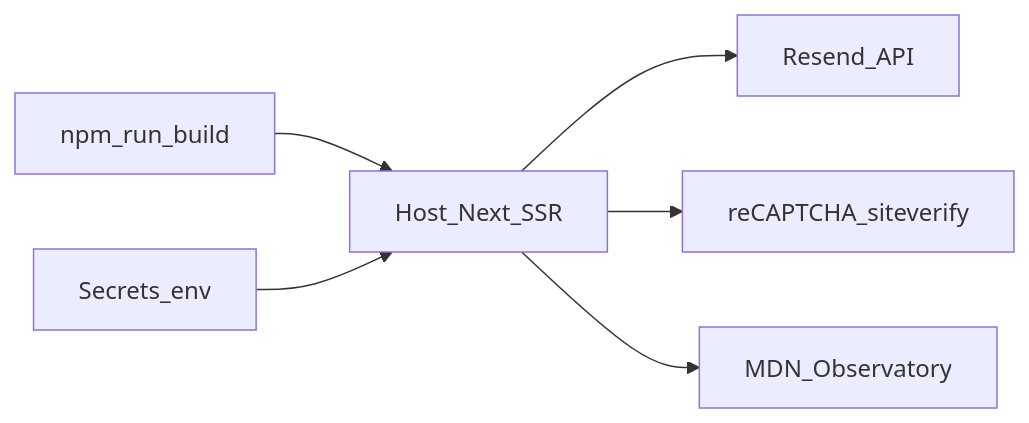
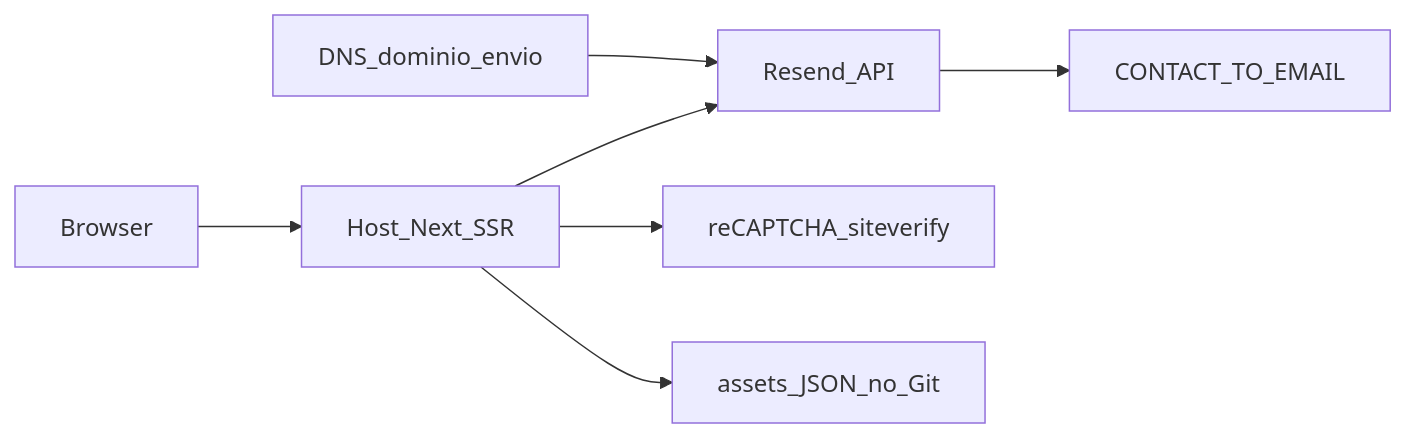
Before and after one commit to obsgovdigital/observatorio-gov-digital: the first of 2 diagrams in docs/05-operacao/deploy-e-hospedagem.md, drawn with Mermaid. The commit also changed other lines of this file and 12 other files, not shown here.

````diff
--- a/docs/05-operacao/deploy-e-hospedagem.md
+++ b/docs/05-operacao/deploy-e-hospedagem.md
@@ -21,15 +47,17 @@
 ```mermaid
 flowchart LR
-  Build[npm_run_build]
+  Browser[Browser]
   Host[Host_Next_SSR]
-  Env[Secrets_env]
   Resend[Resend_API]
   Google[reCAPTCHA_siteverify]
-  Obs[MDN_Observatory]
+  DNS[DNS_dominio_envio]
+  Inbox[CONTACT_TO_EMAIL]
+  Assets[assets_JSON_no_Git]
 
-  Build --> Host
-  Env --> Host
+  Browser --> Host
   Host --> Resend
   Host --> Google
-  Host --> Obs
+  DNS --> Resend
+  Resend --> Inbox
+  Host --> Assets
 ```
````
